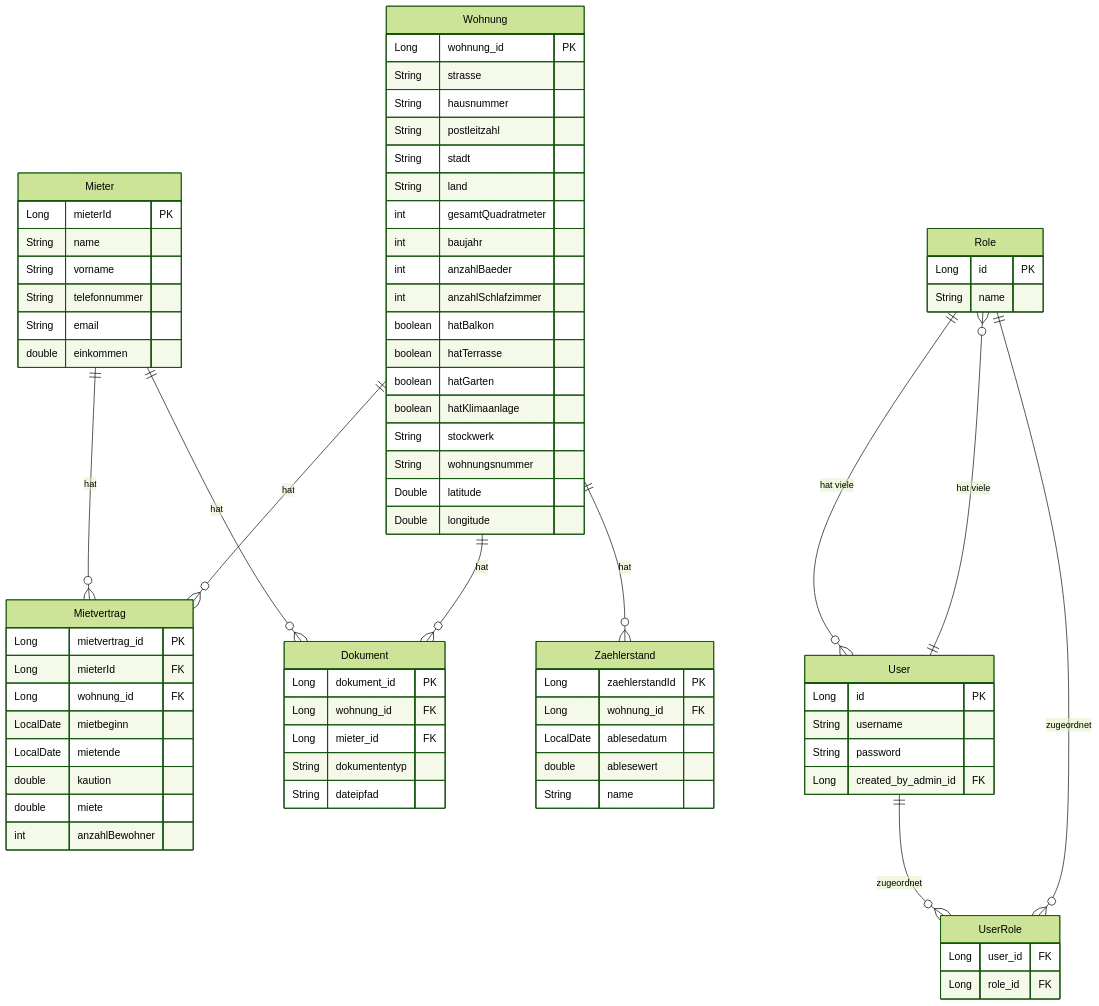
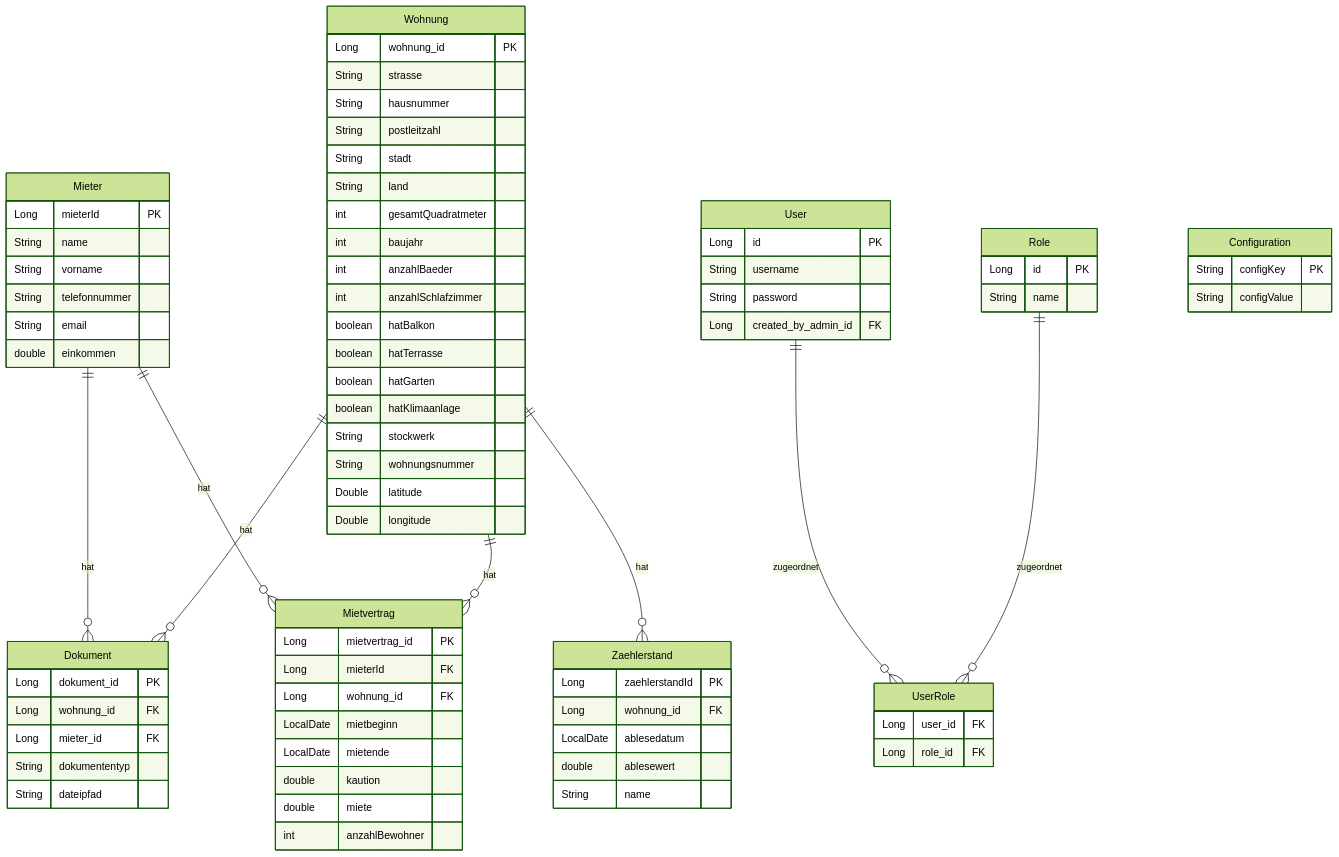
The diagram in README.md (dav354/immobilienverwaltung), drawn with Mermaid (forest theme) before and after one commit. The commit also changed 3 other files, not shown here.

Commit message:
Update Database Diagrams & description

````diff
--- a/README.md
+++ b/README.md
@@ -161,79 +161,81 @@
 ```mermaid
 erDiagram
  Mieter {
     Long mieterId PK
     String name
     String vorname
     String telefonnummer
     String email
     double einkommen
  }
  Mietvertrag {
     Long mietvertrag_id PK
     Long mieterId FK
     Long wohnung_id FK
     LocalDate mietbeginn
     LocalDate mietende
     double kaution
     double miete
     int anzahlBewohner
  }
  Wohnung {
     Long wohnung_id PK
     String strasse
     String hausnummer
     String postleitzahl
     String stadt
     String land
     int gesamtQuadratmeter
     int baujahr
     int anzahlBaeder
     int anzahlSchlafzimmer
     boolean hatBalkon
     boolean hatTerrasse
     boolean hatGarten
     boolean hatKlimaanlage
     String stockwerk
     String wohnungsnummer
     Double latitude
     Double longitude
  }
  Dokument {
     Long dokument_id PK
     Long wohnung_id FK
     Long mieter_id FK
     String dokumententyp
     String dateipfad
  }
  Zaehlerstand {
     Long zaehlerstandId PK
     Long wohnung_id FK
     LocalDate ablesedatum
     double ablesewert
     String name
  }
  Role {
     Long id PK
     String name
  }
  User {
     Long id PK
     String username
     String password
     Long created_by_admin_id FK
  }
  UserRole {
     Long user_id FK
     Long role_id FK
  }
+ Configuration {
+    String configKey PK
+    String configValue 
+ }
 
 Mieter ||--o{ Dokument : "hat"
 Mieter ||--o{ Mietvertrag : "hat"
 Wohnung ||--o{ Mietvertrag : "hat"
 Wohnung ||--o{ Dokument : "hat"
 Wohnung ||--o{ Zaehlerstand : "hat"
-User ||--o{ Role : "hat viele"
-Role ||--o{ User : "hat viele"
 User ||--o{ UserRole : "zugeordnet"
 Role ||--o{ UserRole : "zugeordnet"
 ```
````
